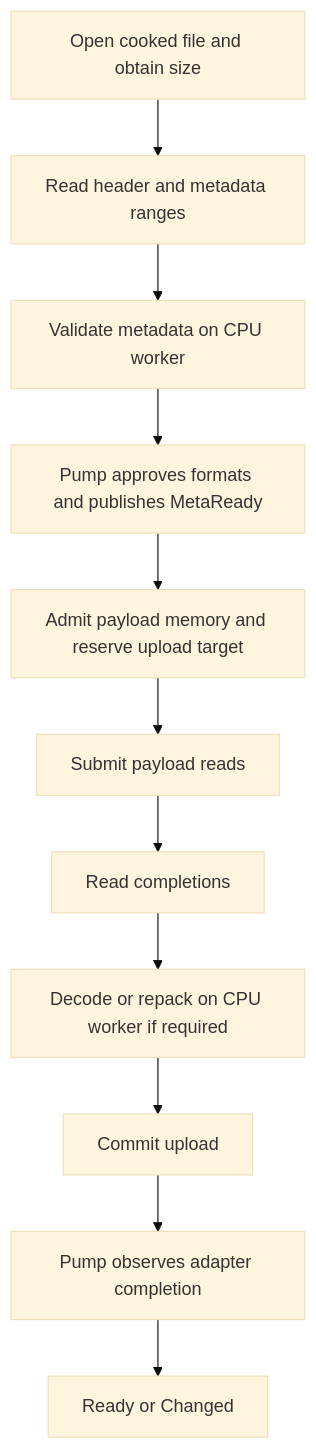
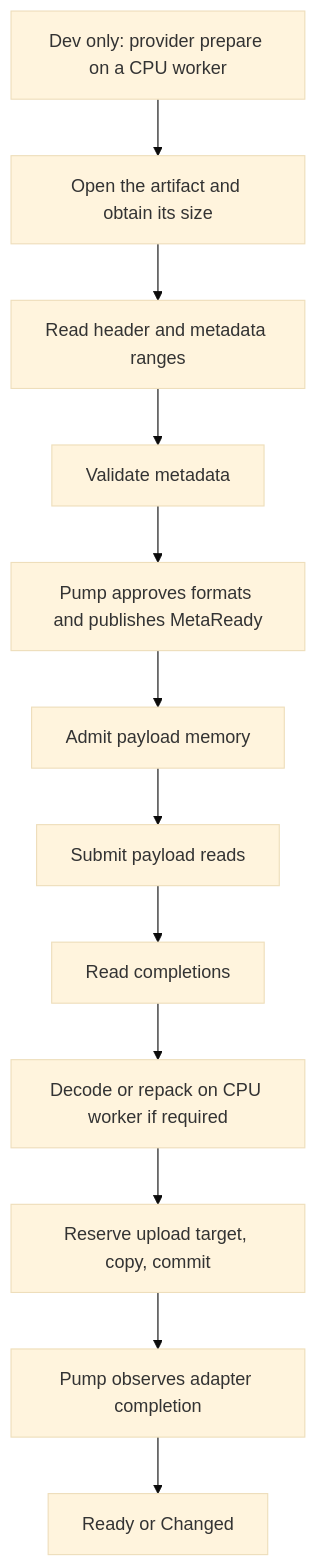
Before and after one commit to sigman78/Kiln: the diagram in docs/design/async-read-path.md, drawn with Mermaid (base theme). The commit also changed other lines of this file and 5 other files, not shown here.

````diff
--- a/docs/design/async-read-path.md
+++ b/docs/design/async-read-path.md
@@ -173,13 +101,14 @@
 ```mermaid
 flowchart TD
-    A[Open cooked file and obtain size] --> B[Read header and metadata ranges]
-    B --> C[Validate metadata on CPU worker]
+    P[Dev only: provider prepare on a CPU worker] --> A
+    A[Open the artifact and obtain its size] --> B[Read header and metadata ranges]
+    B --> C[Validate metadata]
     C --> D[Pump approves formats and publishes MetaReady]
-    D --> E[Admit payload memory and reserve upload target]
+    D --> E[Admit payload memory]
     E --> F[Submit payload reads]
     F --> G[Read completions]
     G --> H[Decode or repack on CPU worker if required]
-    H --> I[Commit upload]
+    H --> I[Reserve upload target, copy, commit]
     I --> J[Pump observes adapter completion]
     J --> K[Ready or Changed]
 ```
````
